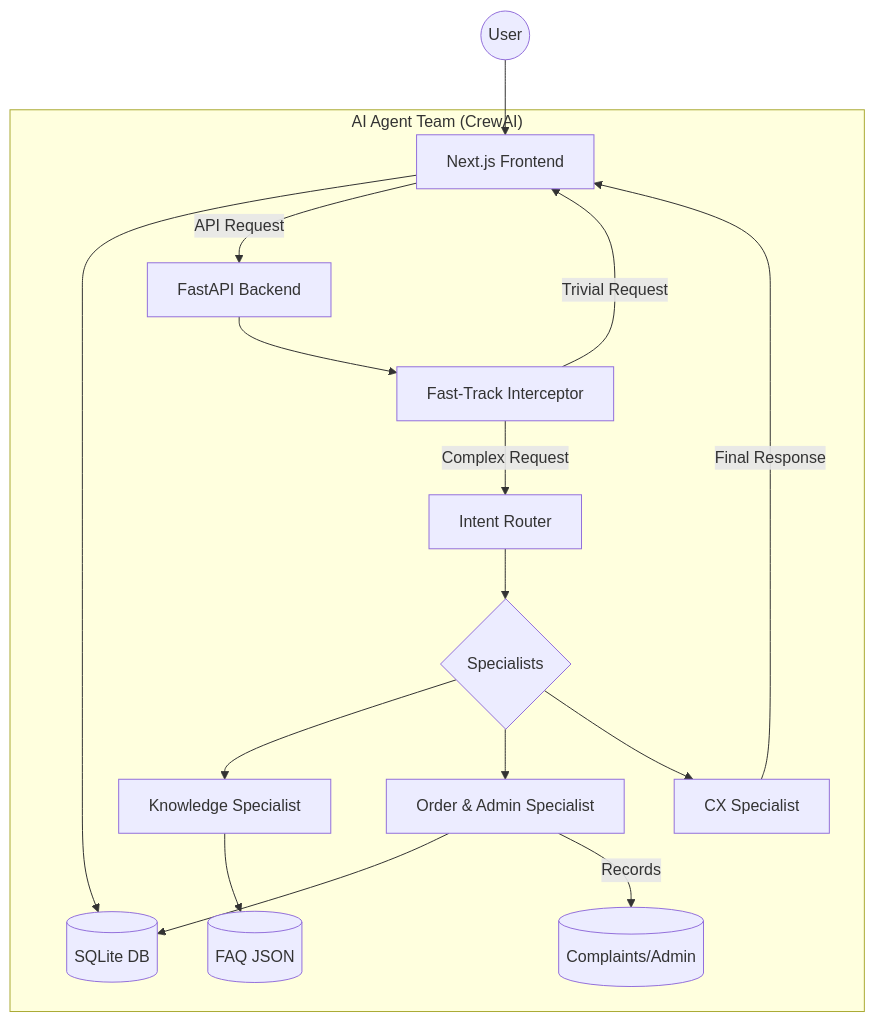
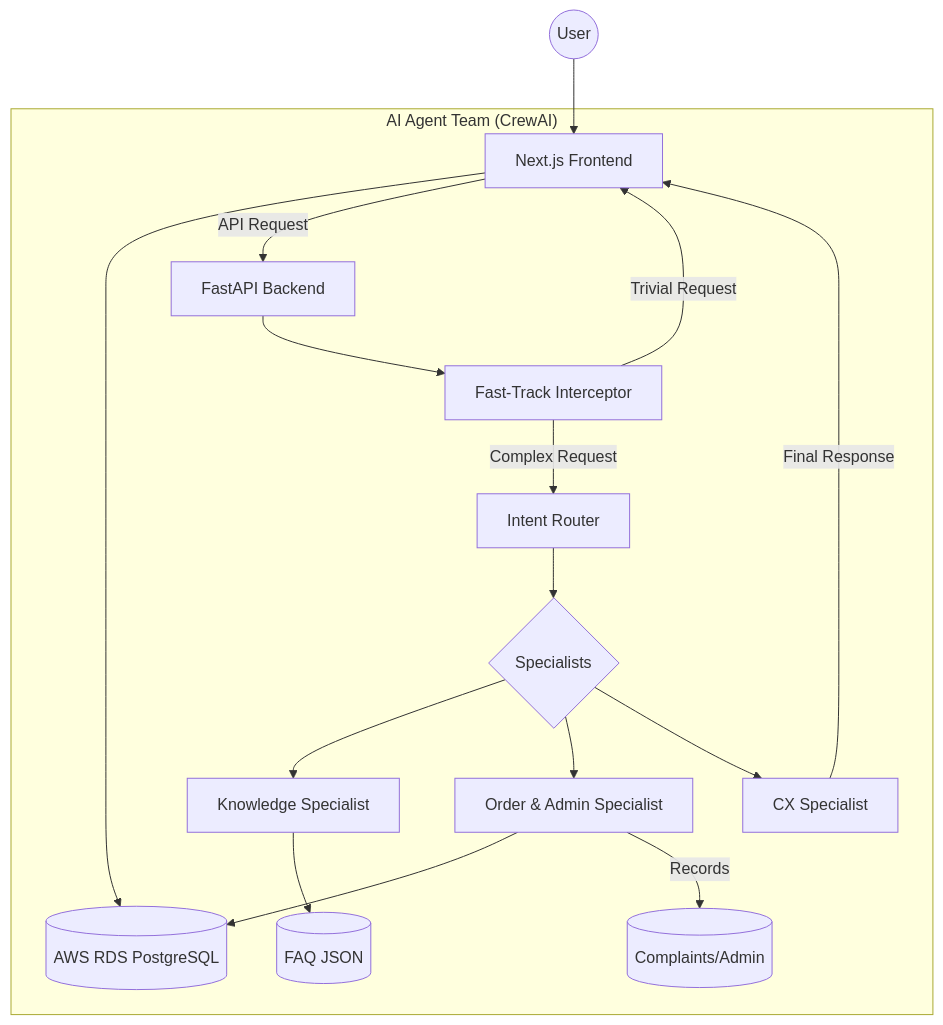
Before and after one commit to AliAlTaweel/ai_customer_support: the diagram in README.md, drawn with Mermaid. The commit also changed other lines of this file and 2 other files, not shown here.

Commit message:
Update READMEs to reflect AWS RDS migration, Gemini integration, and Clerk auth

````diff
--- a/README.md
+++ b/README.md
@@ -13,21 +13,21 @@
 ```mermaid
 graph TD
     User((User)) --> Frontend[Next.js Frontend]
-    Frontend --> DB[(SQLite DB)]
+    Frontend --> DB[(AWS RDS PostgreSQL)]
     Frontend -- "API Request" --> Backend[FastAPI Backend]
     
     subgraph "AI Agent Team (CrewAI)"
         Backend --> FastTrack[Fast-Track Interceptor]
         FastTrack -- "Trivial Request" --> Frontend
         FastTrack -- "Complex Request" --> Router[Intent Router]
         Router --> Specialist{Specialists}
         Specialist --> RAG[Knowledge Specialist]
         Specialist --> Ops[Order & Admin Specialist]
         RAG --> FAQ[(FAQ JSON)]
         Ops --> DB
         Ops -- "Records" --> Complaint[(Complaints/Admin)]
         Specialist --> CX[CX Specialist]
     end
     
     CX -- "Final Response" --> Frontend
 ```
````
